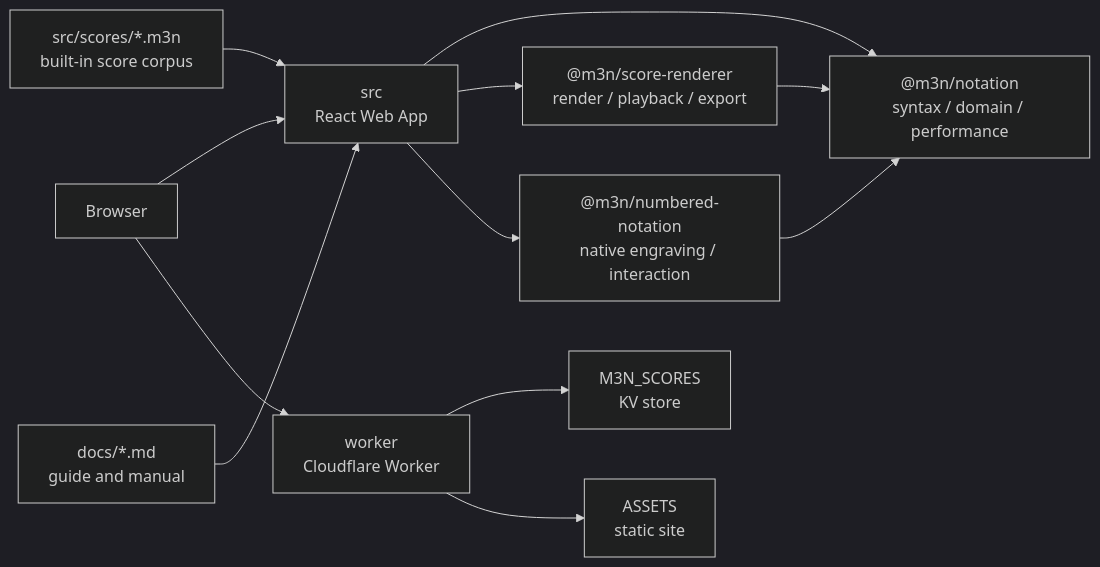
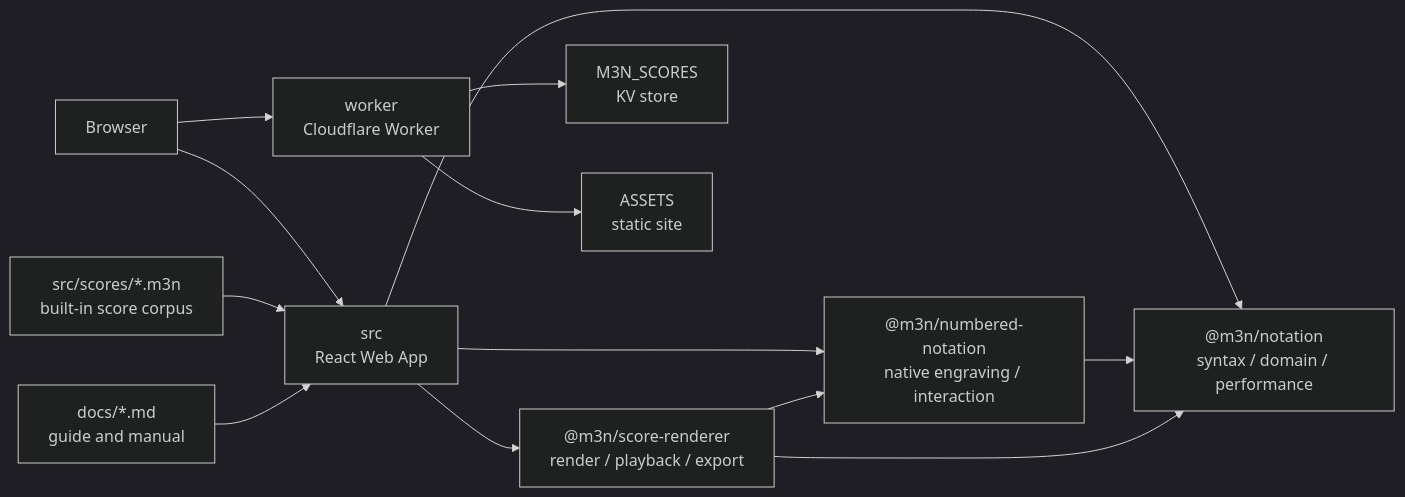
One commit to huazhechen/m3n changed the first of 5 diagrams in docs/CODEGRAPH.md. Above: the diagram before and after it, drawn with Mermaid (dark theme). The commit also changed other lines of this file and 119 other files, not shown here.

````diff
--- a/docs/CODEGRAPH.md
+++ b/docs/CODEGRAPH.md
@@ -7,25 +7,26 @@
 ```mermaid
 flowchart LR
   browser[Browser]
   app["src<br/>React Web App"]
   renderer["@m3n/score-renderer<br/>render / playback / export"]
   notation["@m3n/notation<br/>syntax / domain / performance"]
   numbered["@m3n/numbered-notation<br/>native engraving / interaction"]
   scores["src/scores/*.m3n<br/>built-in score corpus"]
   docs["docs/*.md<br/>guide and manual"]
   worker["worker<br/>Cloudflare Worker"]
   kv["M3N_SCORES<br/>KV store"]
   assets["ASSETS<br/>static site"]
 
   browser --> app
   browser --> worker
   app --> notation
   app --> renderer
   app --> numbered
   numbered --> notation
+  renderer --> numbered
   renderer --> notation
   scores --> app
   docs --> app
   worker --> kv
   worker --> assets
 ```
````
